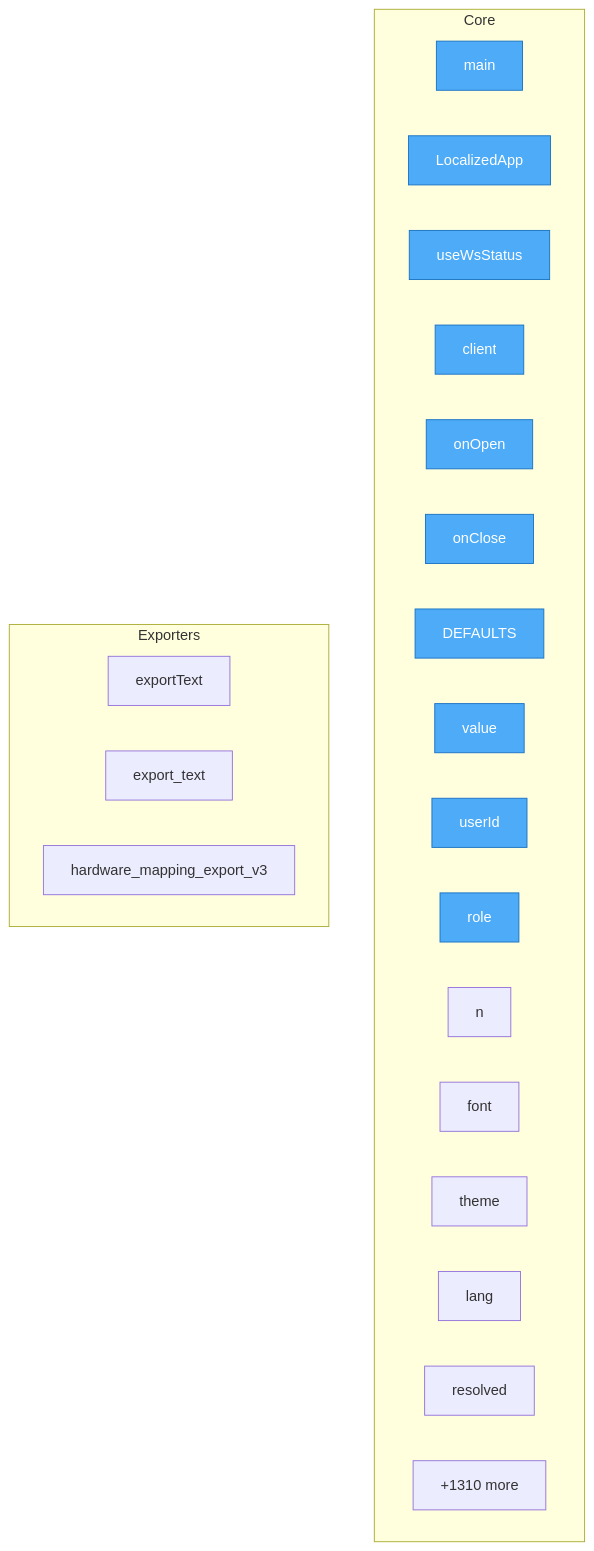
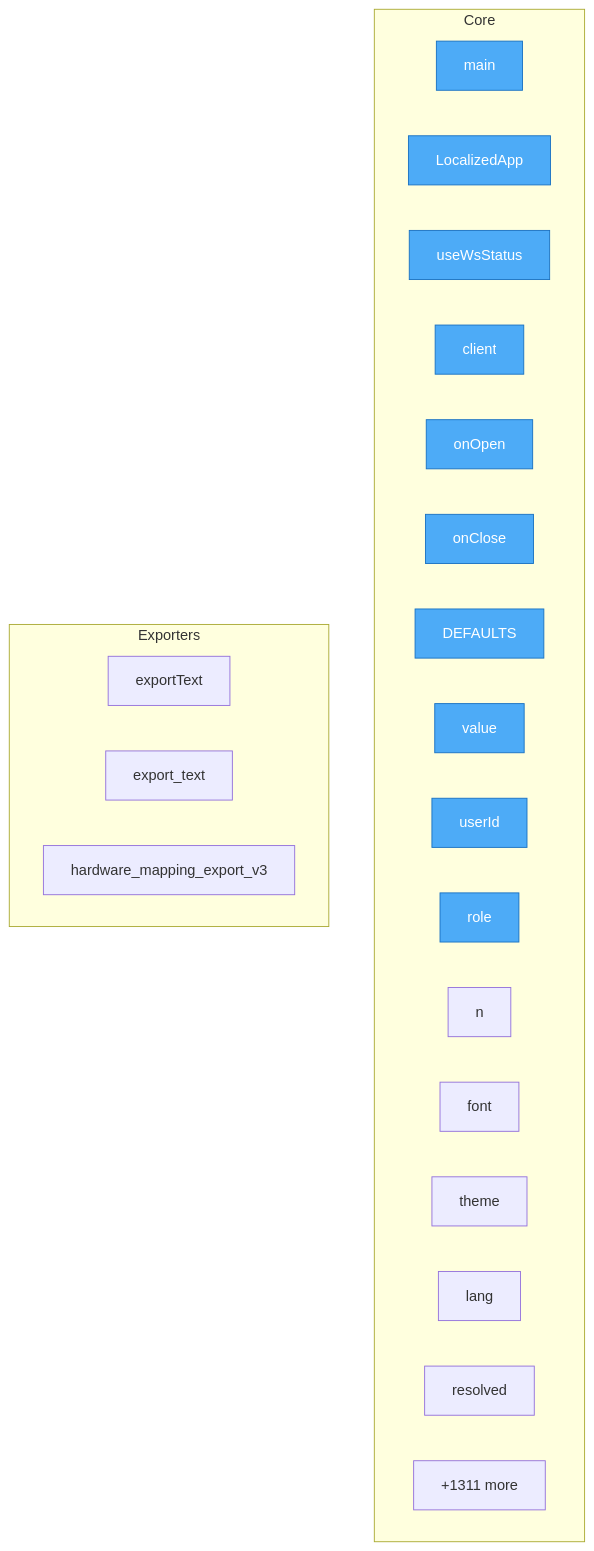
One commit to oqlos/oqlos changed the diagram in project/flow.mmd. Above: the diagram before and after it, drawn with Mermaid. The commit also changed 17 other files, not shown here.

```diff
--- a/project/flow.mmd
+++ b/project/flow.mmd
@@ -1,32 +1,32 @@
 flowchart TD
-%% generated in 0.04s
+%% generated in 0.03s
 
     %% Entry points (blue)
     classDef entry fill:#4dabf7,stroke:#1971c2,color:#fff
 
     subgraph Core
         setup_hardware_and_run_oql__main["main"]
         frontend__src__main__LocalizedApp["LocalizedApp"]
         frontend__src__hooks__useWsStatus__useWsStatus["useWsStatus"]
         frontend__src__hooks__useWsStatus__client["client"]
         frontend__src__hooks__useWsStatus__onOpen["onOpen"]
         frontend__src__hooks__useWsStatus__onClose["onClose"]
         frontend__src__hooks__useUrlConfig__DEFAULTS["DEFAULTS"]
         frontend__src__hooks__useUrlConfig__value["value"]
         frontend__src__hooks__useUrlConfig__userId["userId"]
         frontend__src__hooks__useUrlConfig__role["role"]
         frontend__src__hooks__useUrlConfig__n["n"]
         frontend__src__hooks__useUrlConfig__font["font"]
         frontend__src__hooks__useUrlConfig__theme["theme"]
         frontend__src__hooks__useUrlConfig__lang["lang"]
         frontend__src__hooks__useUrlConfig__resolved["resolved"]
-        ...["+1310 more"]
+        ...["+1311 more"]
     end
 
     subgraph Exporters
         frontend__src__pages__HardwareRestart__exportText["exportText"]
         oqlos__api__hardware_mapping_store__MappingStore__export_text["export_text"]
         oqlos__api__hardware_v3__hardware_mapping_export_v3["hardware_mapping_export_v3"]
     end
 
     class setup_hardware_and_run_oql__main,frontend__src__main__LocalizedApp,frontend__src__hooks__useWsStatus__useWsStatus,frontend__src__hooks__useWsStatus__client,frontend__src__hooks__useWsStatus__onOpen,frontend__src__hooks__useWsStatus__onClose,frontend__src__hooks__useUrlConfig__DEFAULTS,frontend__src__hooks__useUrlConfig__value,frontend__src__hooks__useUrlConfig__userId,frontend__src__hooks__useUrlConfig__role entry
```
